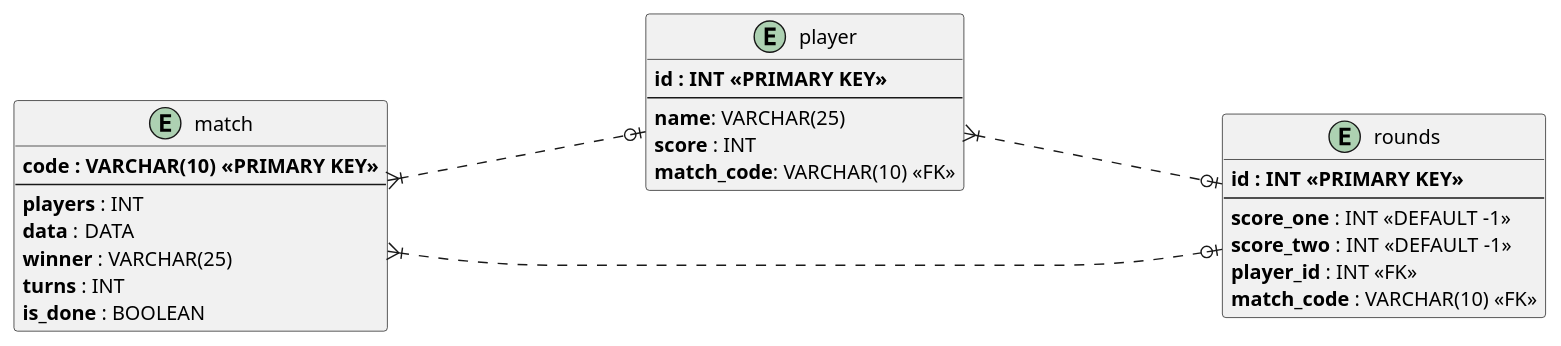
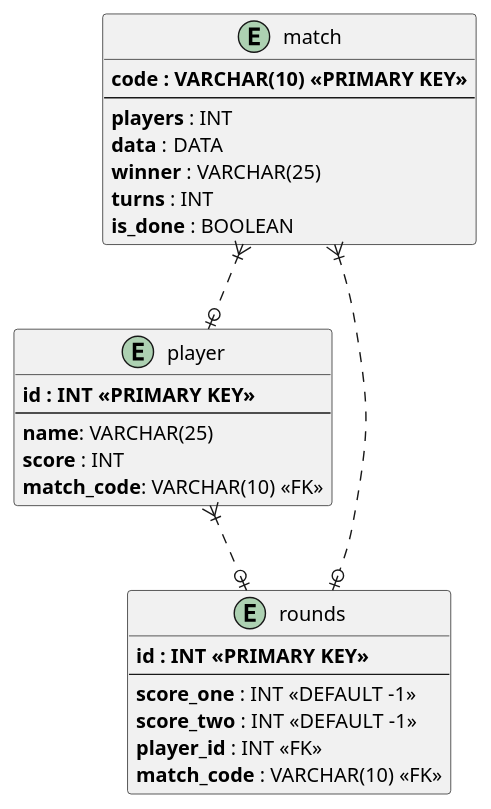
One commit to SpadeaLorenzo/Bowling2gether changed the diagram in 6_Database/DB.puml. Above: the diagram before and after it, drawn with PlantUML. The commit also changed 1 other file, not shown here.

Commit message:
fixed sql schema

```diff
--- a/6_Database/DB.puml
+++ b/6_Database/DB.puml
@@ -1,45 +1,44 @@
 @startuml DB schema
-left to right direction
 
 skinparam ER {
     FontColor          white
     AttributeFontColor white
     FontSize           17
     AttributeFontSize  15
     AttributeFontname  Droid Sans Mono
     BackgroundColor    #527BC6
     BorderColor        black
     ArrowColor         black
 }
 
 entity "match" as e01 {
   **code : VARCHAR(10) <<PRIMARY KEY>>**
   --
   **players** : INT
   **data** : DATA
   **winner** : VARCHAR(25)
   **turns** : INT 
   **is_done** : BOOLEAN
 }
 
 entity "player" as e02 {
   **id : INT <<PRIMARY KEY>>**
   --
   **name**: VARCHAR(25)
   **score** : INT
   **match_code**: VARCHAR(10) <<FK>>
 }
 
 entity "rounds" as e03 {
   **id : INT <<PRIMARY KEY>>**
   --
   **score_one** : INT <<DEFAULT -1>>
   **score_two** : INT <<DEFAULT -1>>
   **player_id** : INT <<FK>>
   **match_code** : VARCHAR(10) <<FK>>
 }
 
-e01 }|--..o| e02
-e01 }|--..o| e03
-e02 }|--..o| e03
+e01 }|-.o| e02
+e01 }|-.o| e03
+e02 }|-.o| e03
 @enduml
```
